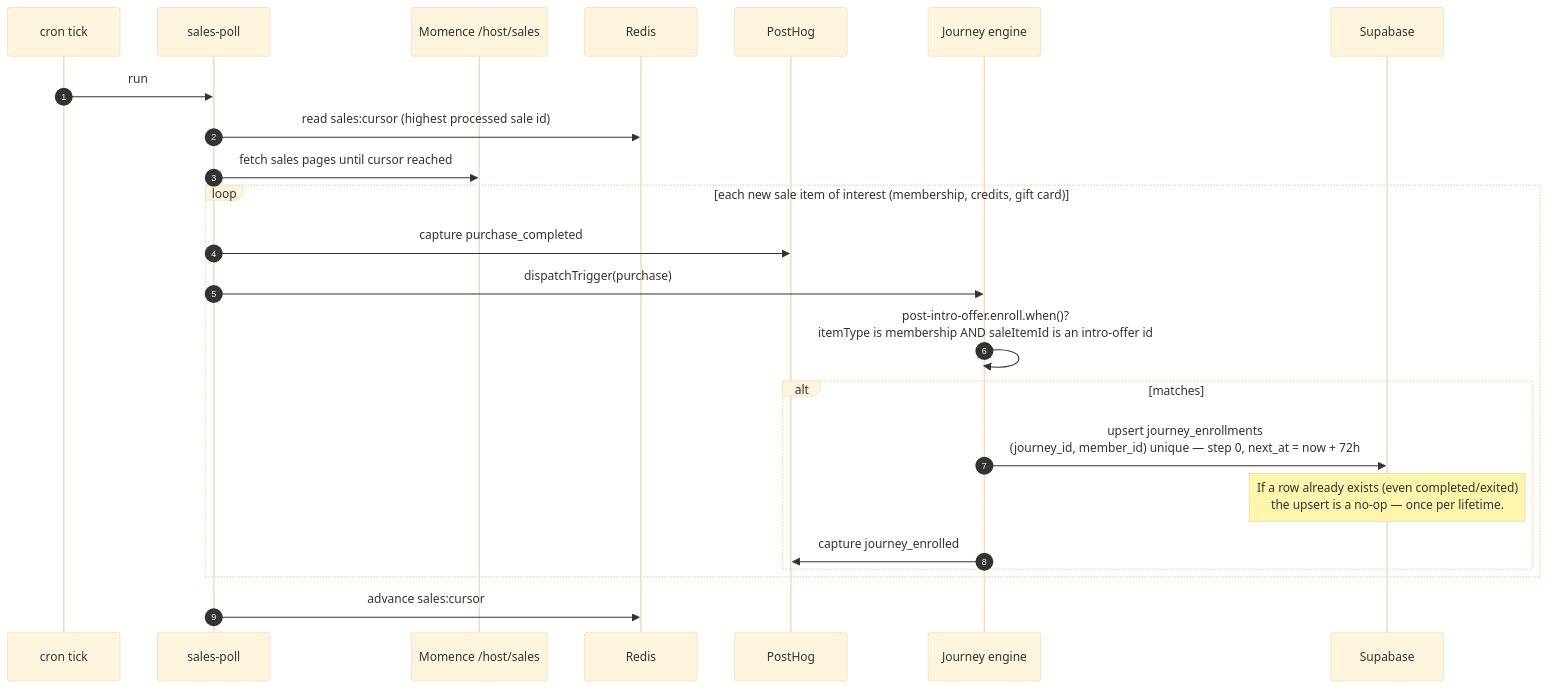
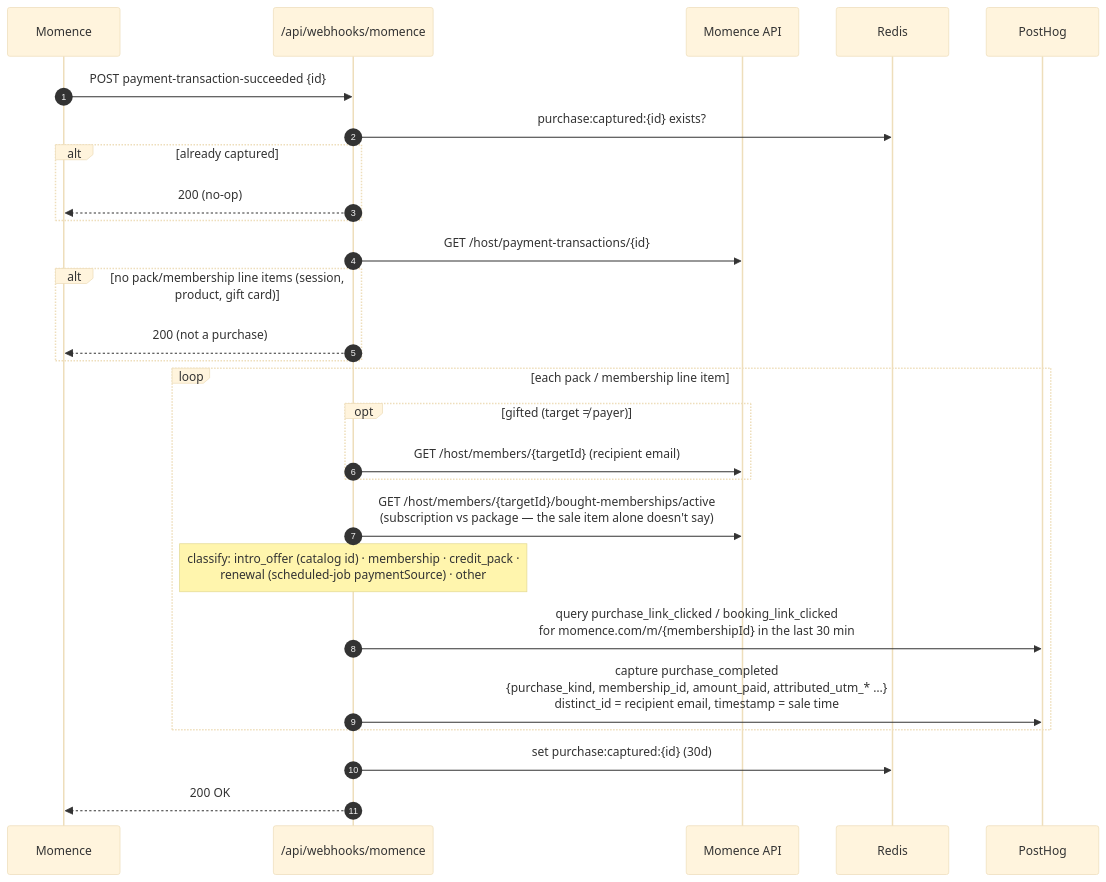
One commit to weslexcore/pyre changed the fourth of 9 diagrams in apps/integrations/docs/event-flows.md. Above: the diagram before and after it, drawn with Mermaid (base theme). The commit also changed other lines of this file and 27 other files, not shown here.

First line of the commit message:
feat(campaigns): count credit pack and membership purchases as conversions

````diff
--- a/apps/integrations/docs/event-flows.md
+++ b/apps/integrations/docs/event-flows.md
@@ -122,26 +121,30 @@
 ```mermaid
 sequenceDiagram
     autonumber
-    participant Tick as cron tick
-    participant Poll as sales-poll
-    participant API as Momence /host/sales
+    participant Momence
+    participant WH as /api/webhooks/momence
+    participant API as Momence API
     participant Redis
     participant PH as PostHog
-    participant Engine as Journey engine
-    participant SB as Supabase
 
-    Tick->>Poll: run
-    Poll->>Redis: read sales:cursor (highest processed sale id)
-    Poll->>API: fetch sales pages until cursor reached
-    loop each new sale item of interest (membership, credits, gift card)
-        Poll->>PH: capture purchase_completed
-        Poll->>Engine: dispatchTrigger(purchase)
-        Engine->>Engine: post-intro-offer.enroll.when()?<br/>itemType is membership AND saleItemId is an intro-offer id
-        alt matches
-            Engine->>SB: upsert journey_enrollments<br/>(journey_id, member_id) unique — step 0, next_at = now + 72h
-            Note over SB: If a row already exists (even completed/exited)<br/>the upsert is a no-op — once per lifetime.
-            Engine->>PH: capture journey_enrolled
+    Momence->>WH: POST payment-transaction-succeeded {id}
+    WH->>Redis: purchase:captured:{id} exists?
+    alt already captured
+        WH-->>Momence: 200 (no-op)
+    end
+    WH->>API: GET /host/payment-transactions/{id}
+    alt no pack/membership line items (session, product, gift card)
+        WH-->>Momence: 200 (not a purchase)
+    end
+    loop each pack / membership line item
+        opt gifted (target ≠ payer)
+            WH->>API: GET /host/members/{targetId} (recipient email)
         end
+        WH->>API: GET /host/members/{targetId}/bought-memberships/active<br/>(subscription vs package — the sale item alone doesn't say)
+        Note over WH: classify: intro_offer (catalog id) · membership · credit_pack ·<br/>renewal (scheduled-job paymentSource) · other
+        WH->>PH: query purchase_link_clicked / booking_link_clicked<br/>for momence.com/m/{membershipId} in the last 30 min
+        WH->>PH: capture purchase_completed<br/>{purchase_kind, membership_id, amount_paid, attributed_utm_* …}<br/>distinct_id = recipient email, timestamp = sale time
     end
-    Poll->>Redis: advance sales:cursor
+    WH->>Redis: set purchase:captured:{id} (30d)
+    WH-->>Momence: 200 OK
 ```
````
